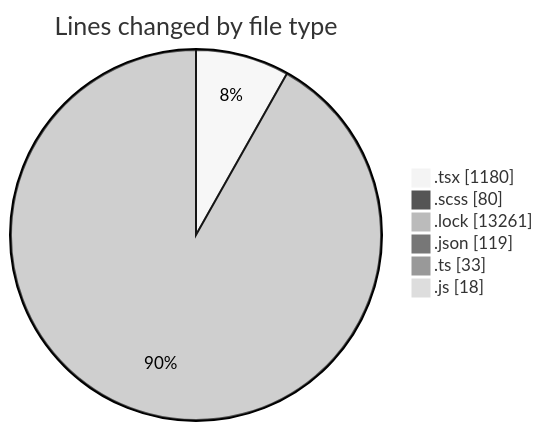
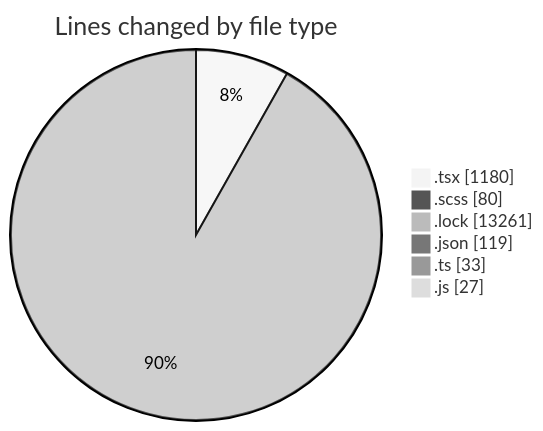
The first of 2 diagrams in 2025-05-06/cda/README.md (momahboobian/code-tracking), drawn with Mermaid (neutral theme) before and after one commit. The commit also changed other lines of this file and 1 other file, not shown here.

````diff
--- a/2025-05-06/cda/README.md
+++ b/2025-05-06/cda/README.md
@@ -35,10 +35,10 @@
 ```mermaid
 pie showData
 title Lines changed by file type
 ".tsx" : 1180
 ".scss" : 80
 ".lock" : 13261
 ".json" : 119
 ".ts" : 33
-".js" : 18
+".js" : 27
 ```
````
